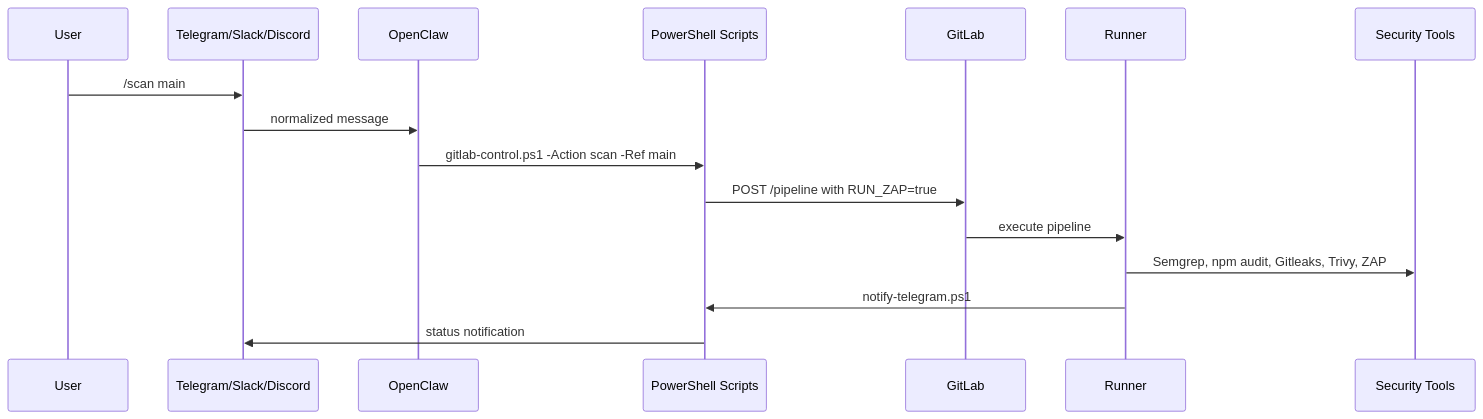
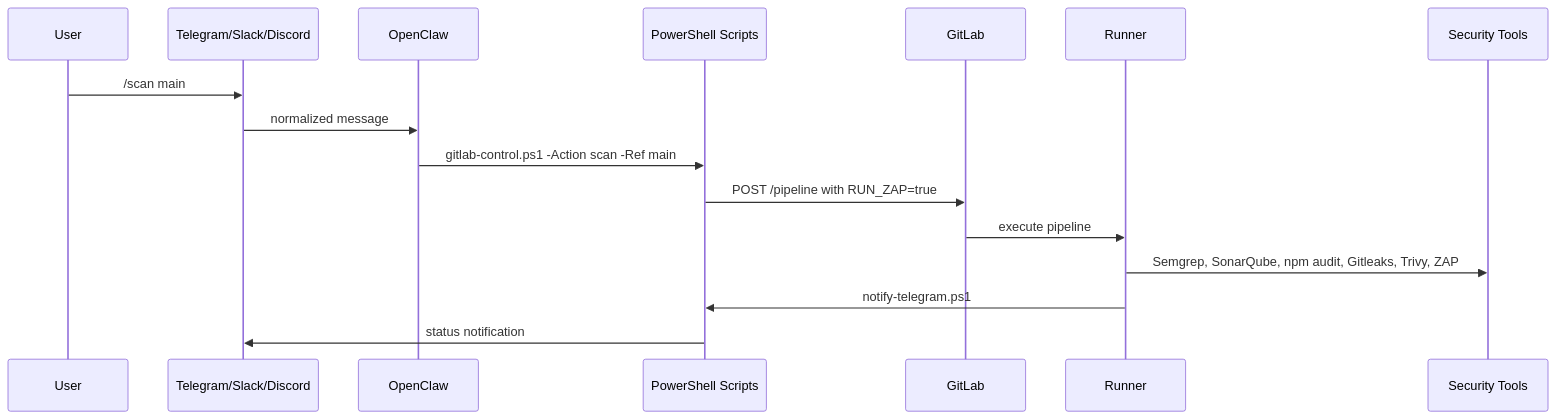
The diagram in docs/TECHNICAL_DOCUMENTATION.md (Simo-Zg/ToDo-app), drawn with Mermaid before and after one commit. The commit also changed other lines of this file and 14 other files, not shown here.

````diff
--- a/docs/TECHNICAL_DOCUMENTATION.md
+++ b/docs/TECHNICAL_DOCUMENTATION.md
@@ -27,19 +28,19 @@
 ```mermaid
 sequenceDiagram
   participant User
   participant Channel as Telegram/Slack/Discord
   participant OpenClaw
   participant Scripts as PowerShell Scripts
   participant GitLab
   participant Runner
   participant Tools as Security Tools
 
   User->>Channel: /scan main
   Channel->>OpenClaw: normalized message
   OpenClaw->>Scripts: gitlab-control.ps1 -Action scan -Ref main
   Scripts->>GitLab: POST /pipeline with RUN_ZAP=true
   GitLab->>Runner: execute pipeline
-  Runner->>Tools: Semgrep, npm audit, Gitleaks, Trivy, ZAP
+  Runner->>Tools: Semgrep, SonarQube, npm audit, Gitleaks, Trivy, ZAP
   Runner->>Scripts: notify-telegram.ps1
   Scripts->>Channel: status notification
 ```
````
